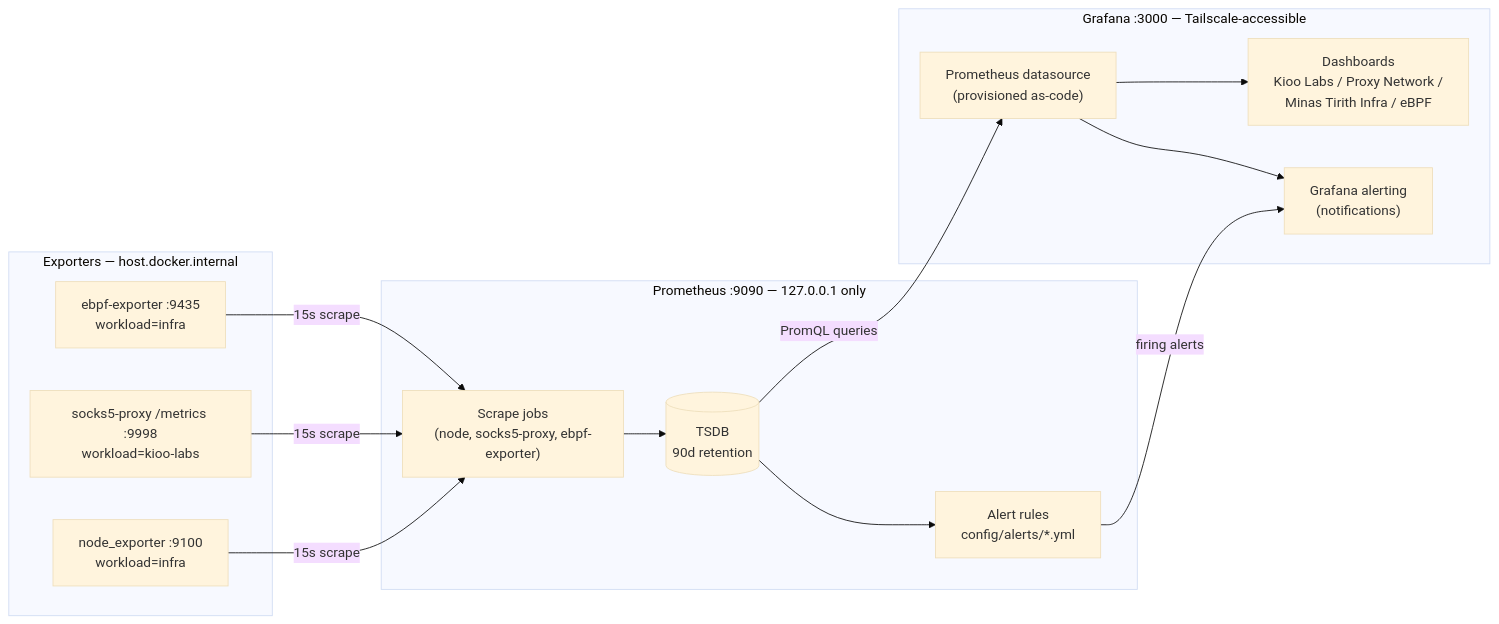
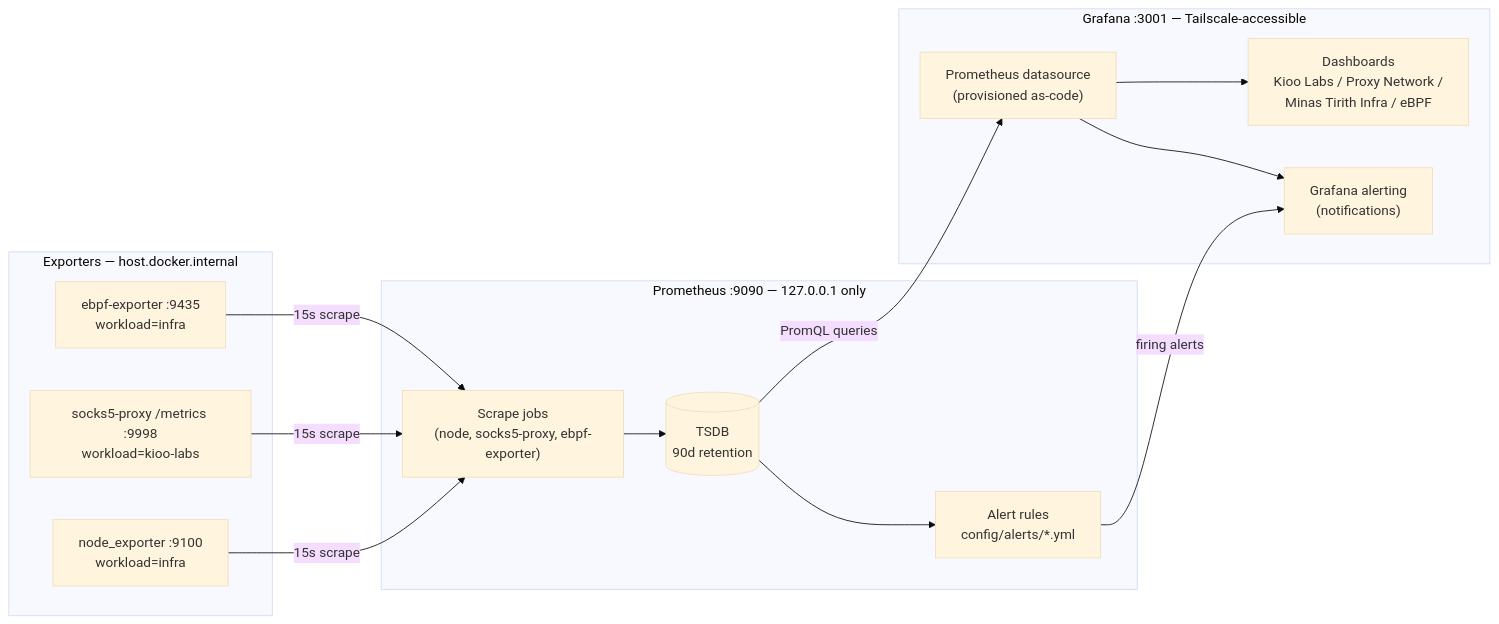
The diagram in docs/diagrams/observability-data-flow.md (Dmaina5054/mithril), drawn with Mermaid (base theme) before and after one commit. The commit also changed 3 other files, not shown here.

````diff
--- a/docs/diagrams/observability-data-flow.md
+++ b/docs/diagrams/observability-data-flow.md
@@ -14,30 +14,30 @@
 ```mermaid
 flowchart LR
     subgraph exporters["Exporters — host.docker.internal"]
         NE["node_exporter :9100\nworkload=infra"]
         SP["socks5-proxy /metrics :9998\nworkload=kioo-labs"]
         EB["ebpf-exporter :9435\nworkload=infra"]
     end
 
     subgraph prom["Prometheus :9090 — 127.0.0.1 only"]
         SC["Scrape jobs\n(node, socks5-proxy, ebpf-exporter)"]
         RULES["Alert rules\nconfig/alerts/*.yml"]
         TSDB[("TSDB\n90d retention")]
     end
 
-    subgraph graf["Grafana :3000 — Tailscale-accessible"]
+    subgraph graf["Grafana :3001 — Tailscale-accessible"]
         DS["Prometheus datasource\n(provisioned as-code)"]
         DASH["Dashboards\nKioo Labs / Proxy Network /\nMinas Tirith Infra / eBPF"]
         ALERT["Grafana alerting\n(notifications)"]
     end
 
     NE -- "15s scrape" --> SC
     SP -- "15s scrape" --> SC
     EB -- "15s scrape" --> SC
     SC --> TSDB
     TSDB --> RULES
     RULES -- "firing alerts" --> ALERT
     TSDB -- "PromQL queries" --> DS
     DS --> DASH
     DS --> ALERT
 ```
````
